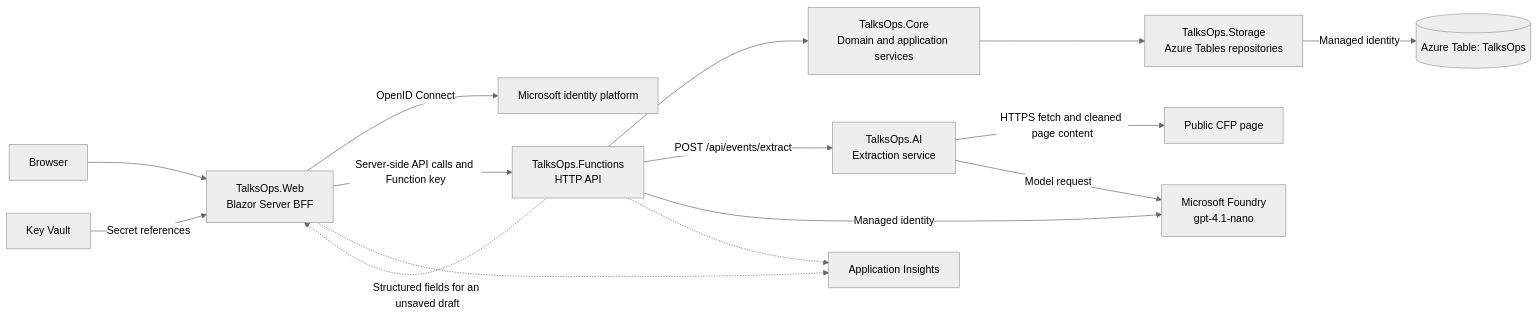
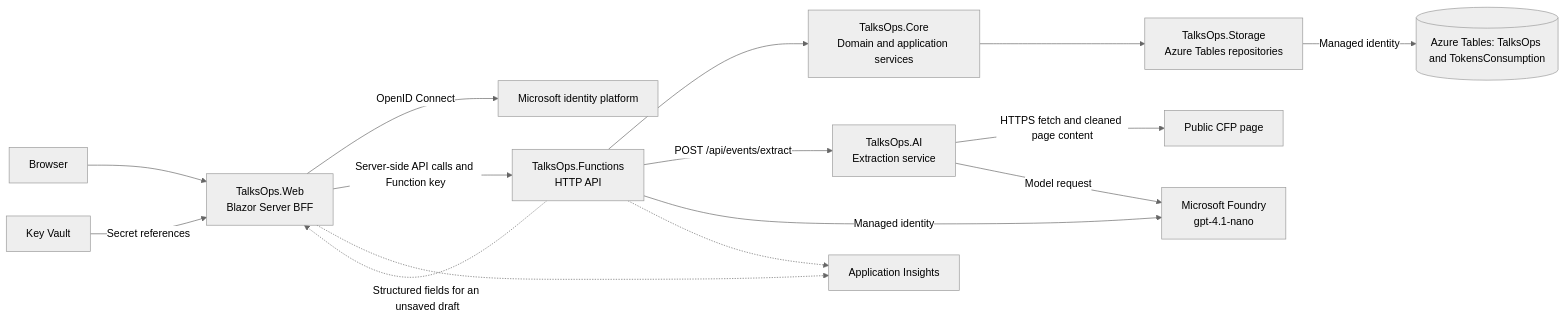
The diagram in README.md (massimobonanni/TalksOps), drawn with Mermaid (neutral theme) before and after one commit. The commit also changed other lines of this file and 6 other files, not shown here.

Commit message:
feat: update documentation and tests for TokensConsumption management, including table structure and integration tests

````diff
--- a/README.md
+++ b/README.md
@@ -62,17 +62,17 @@
 ```mermaid
 flowchart LR
     Browser[Browser] --> Web[TalksOps.Web<br/>Blazor Server BFF]
     Web -->|OpenID Connect| Identity[Microsoft identity platform]
     Web -->|Server-side API calls and Function key| Api[TalksOps.Functions<br/>HTTP API]
     Api --> Core[TalksOps.Core<br/>Domain and application services]
     Core --> Storage[TalksOps.Storage<br/>Azure Tables repositories]
-    Storage -->|Managed identity| Tables[(Azure Table: TalksOps)]
+    Storage -->|Managed identity| Tables[(Azure Tables: TalksOps and TokensConsumption)]
     Api -->|POST /api/events/extract| AI[TalksOps.AI<br/>Extraction service]
     AI -->|HTTPS fetch and cleaned page content| Page[Public CFP page]
     AI -->|Model request| Foundry[Microsoft Foundry<br/>gpt-4.1-nano]
     Api -->|Managed identity| Foundry
     Api -.->|Structured fields for an unsaved draft| Web
     Vault[Key Vault] -->|Secret references| Web
     Web -.-> Insights[Application Insights]
     Api -.-> Insights
 ```
````
